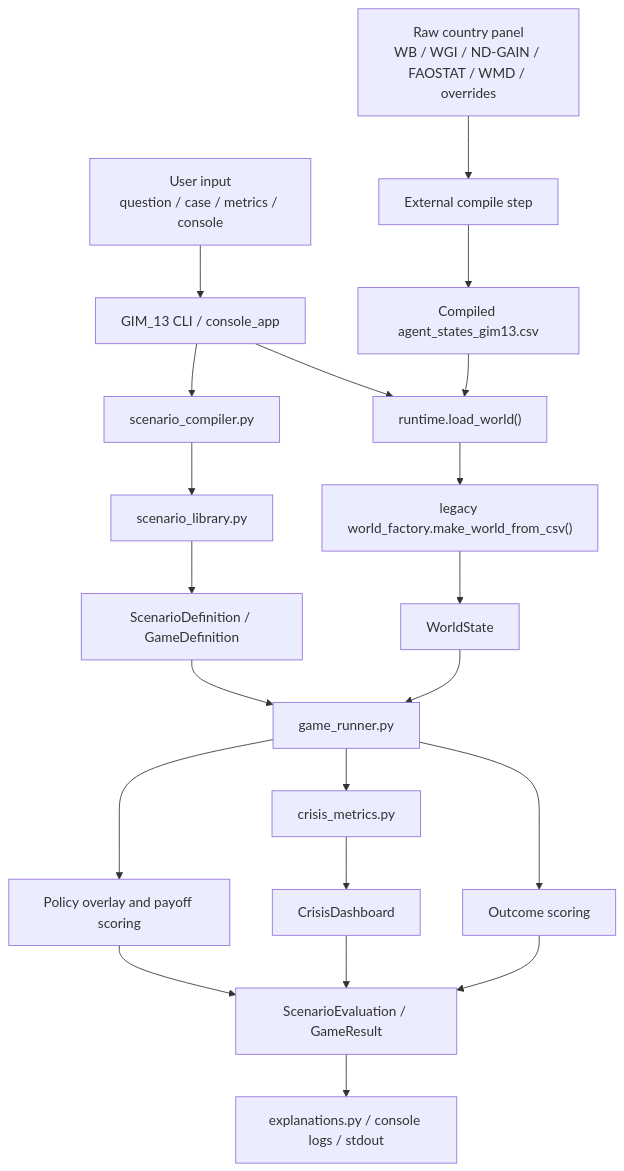
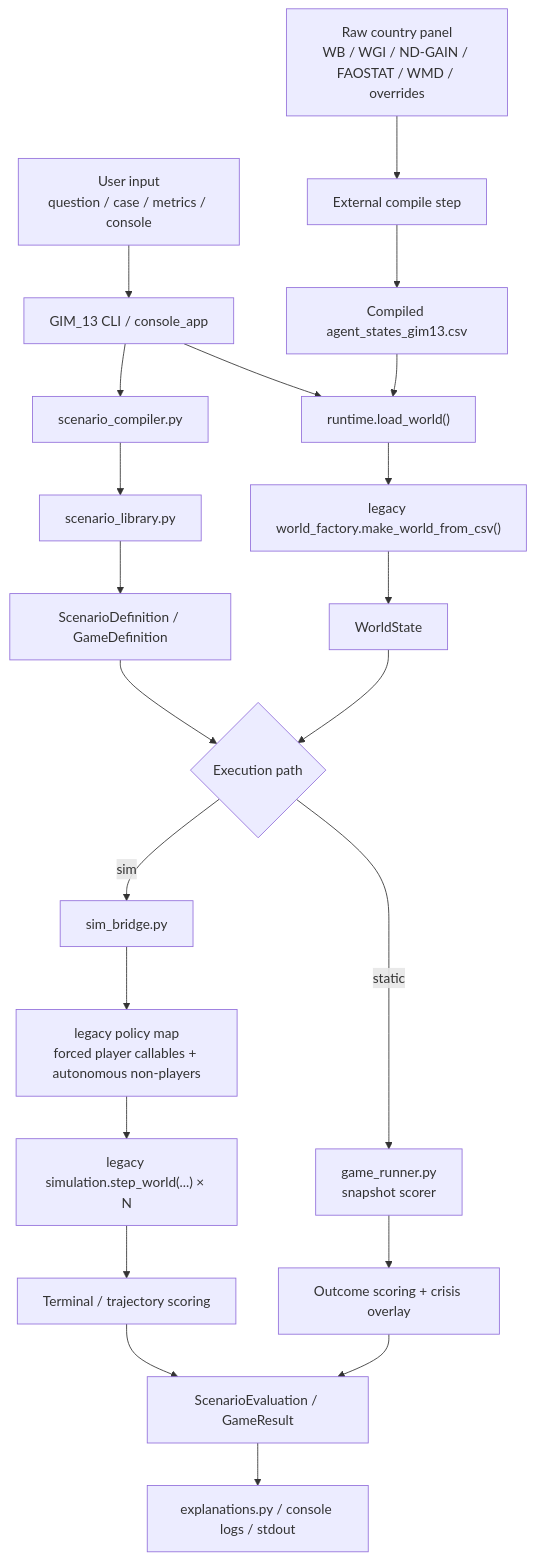
One commit to Theclimateguy/GIM changed the first of 3 diagrams in MODEL_DOCUMENTATION.md. Above: the diagram before and after it, drawn with Mermaid. The commit also changed other lines of this file and 16 other files, not shown here.

Commit message:
Integrate GIM13 sim bridge and sync docs

````diff
--- a/MODEL_DOCUMENTATION.md
+++ b/MODEL_DOCUMENTATION.md
@@ -35,26 +41,30 @@
 ```mermaid
 flowchart TD
     A["User input<br/>question / case / metrics / console"] --> B["GIM_13 CLI / console_app"]
     B --> C["runtime.load_world()"]
     C --> D["legacy world_factory.make_world_from_csv()"]
     D --> E["WorldState"]
 
     B --> F["scenario_compiler.py"]
     F --> G["scenario_library.py"]
     G --> H["ScenarioDefinition / GameDefinition"]
 
-    E --> I["game_runner.py"]
+    E --> I{"Execution path"}
     H --> I
-    I --> J["Outcome scoring"]
-    I --> K["crisis_metrics.py"]
-    K --> L["CrisisDashboard"]
-    I --> M["Policy overlay and payoff scoring"]
-    J --> N["ScenarioEvaluation / GameResult"]
-    L --> N
-    M --> N
-    N --> O["explanations.py / console logs / stdout"]
 
-    P["Raw country panel<br/>WB / WGI / ND-GAIN / FAOSTAT / WMD / overrides"] --> Q["External compile step"]
-    Q --> R["Compiled agent_states_gim13.csv"]
-    R --> C
+    I -->|static| J["game_runner.py<br/>snapshot scorer"]
+    J --> K["Outcome scoring + crisis overlay"]
+    K --> L["ScenarioEvaluation / GameResult"]
+
+    I -->|sim| M["sim_bridge.py"]
+    M --> N["legacy policy map<br/>forced player callables + autonomous non-players"]
+    N --> O["legacy simulation.step_world(...) × N"]
+    O --> P["Terminal / trajectory scoring"]
+    P --> L
+
+    L --> Q["explanations.py / console logs / stdout"]
+
+    R["Raw country panel<br/>WB / WGI / ND-GAIN / FAOSTAT / WMD / overrides"] --> S["External compile step"]
+    S --> T["Compiled agent_states_gim13.csv"]
+    T --> C
 ```
````
